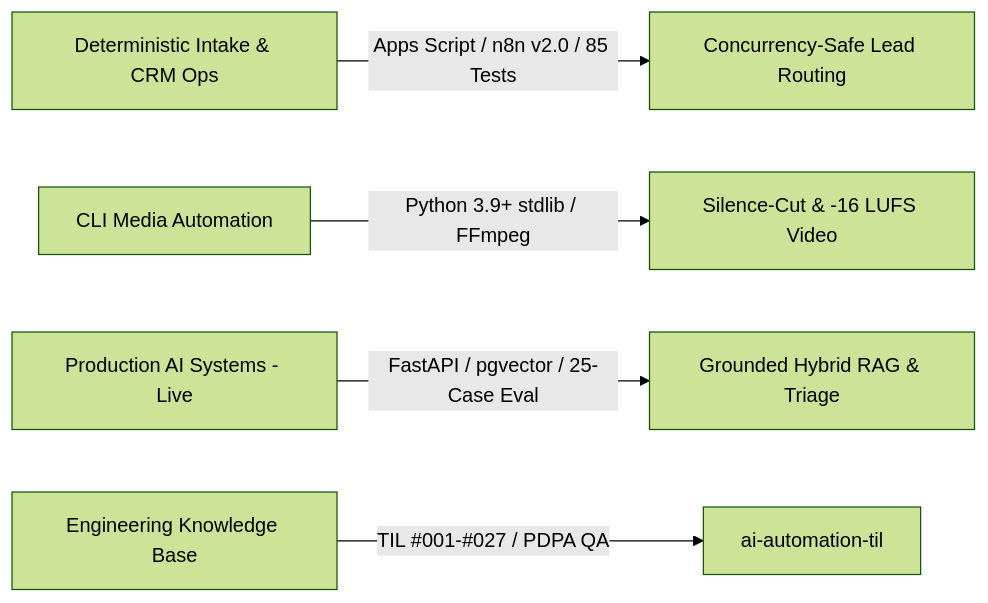
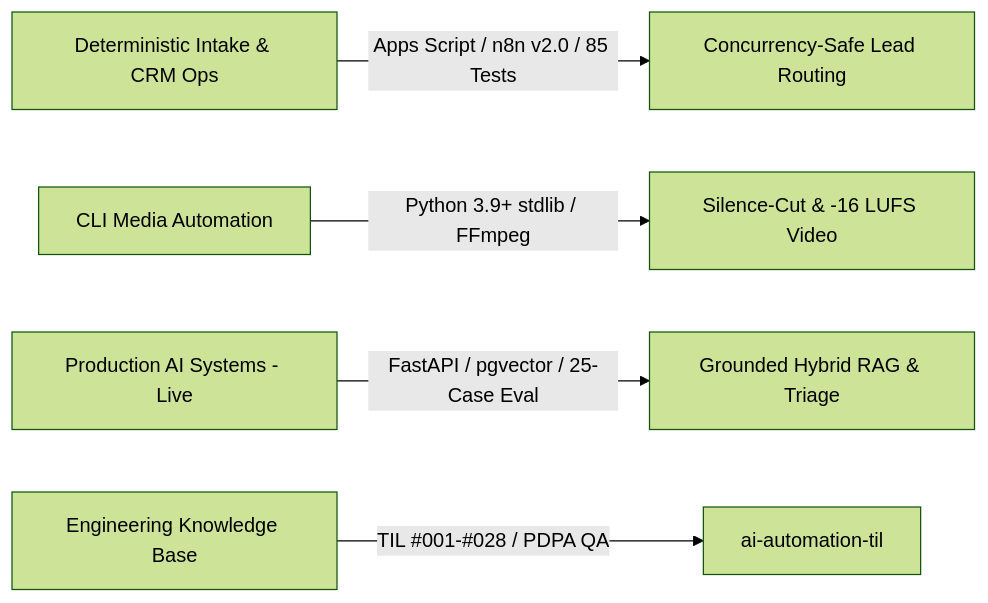
Before and after one commit to ApecSinlapachai/ApecSinlapachai: the diagram in README.md, drawn with Mermaid (forest theme). The commit also changed other lines of this file, not shown here.

Commit message:
docs: add production-ai-agent-ops flagship #2 and sync TIL #028

````diff
--- a/README.md
+++ b/README.md
@@ -57,7 +57,7 @@
 ```mermaid
 flowchart LR
     A[Deterministic Intake & CRM Ops] -->|Apps Script / n8n v2.0 / 85 Tests| B[Concurrency-Safe Lead Routing]
     C[CLI Media Automation] -->|Python 3.9+ stdlib / FFmpeg| D[Silence-Cut & -16 LUFS Video]
     E[Production AI Systems - Live] -->|FastAPI / pgvector / 25-Case Eval| F[Grounded Hybrid RAG & Triage]
-    G[Engineering Knowledge Base] -->|TIL #001-#027 / PDPA QA| H[ai-automation-til]
+    G[Engineering Knowledge Base] -->|TIL #001-#028 / PDPA QA| H[ai-automation-til]
 ```
````
